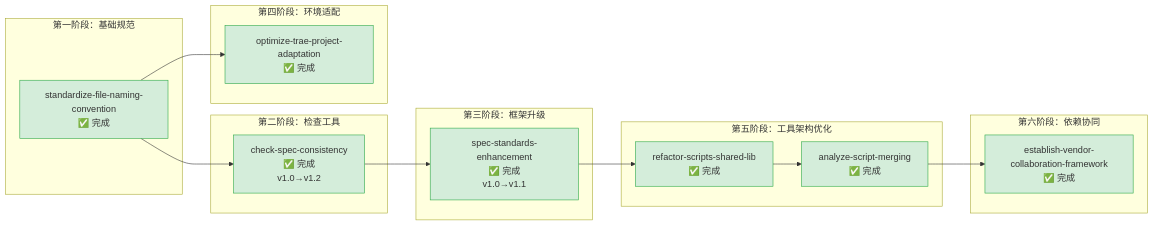
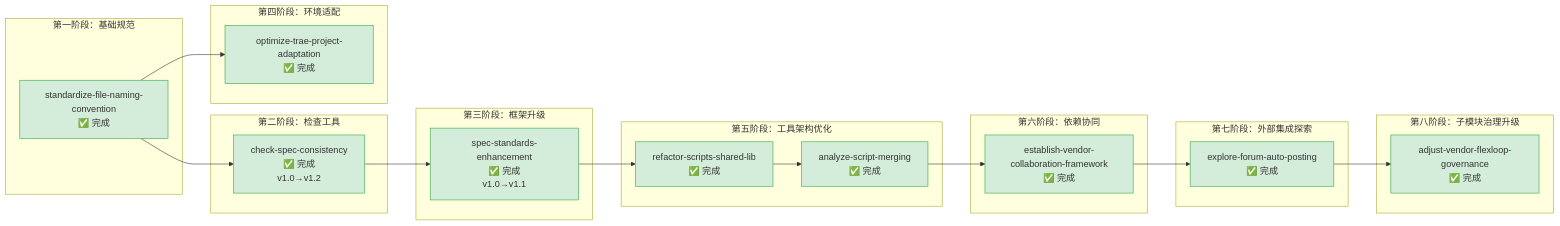
One commit to xinetzone/SpecWeave changed the diagram in .trae/specs/standards-tools/README.md. Above: the diagram before and after it, drawn with Mermaid. The commit also changed other lines of this file and 14 other files, not shown here.

First line of the commit message:
feat(vendor): flexloop 子模块治理模式调整为自有协作模式

````diff
--- a/.trae/specs/standards-tools/README.md
+++ b/.trae/specs/standards-tools/README.md
@@ -27,35 +29,45 @@
 ```mermaid
 flowchart LR
     subgraph S1 ["第一阶段：基础规范"]
-        SFNC["standardize-file-naming-convention<br>✅ 完成"]
+        SFNC["standardize-file-naming-convention<br/>✅ 完成"]
     end
     subgraph S2 ["第二阶段：检查工具"]
-        CSC["check-spec-consistency<br>✅ 完成<br>v1.0→v1.2"]
+        CSC["check-spec-consistency<br/>✅ 完成<br/>v1.0→v1.2"]
     end
     subgraph S3 ["第三阶段：框架升级"]
-        SSE["spec-standards-enhancement<br>✅ 完成<br>v1.0→v1.1"]
+        SSE["spec-standards-enhancement<br/>✅ 完成<br/>v1.0→v1.1"]
     end
     subgraph S4 ["第四阶段：环境适配"]
-        OTPA["optimize-trae-project-adaptation<br>✅ 完成"]
+        OTPA["optimize-trae-project-adaptation<br/>✅ 完成"]
     end
     subgraph S5 ["第五阶段：工具架构优化"]
-        RSL["refactor-scripts-shared-lib<br>✅ 完成"]
-        ASM["analyze-script-merging<br>✅ 完成"]
+        RSL["refactor-scripts-shared-lib<br/>✅ 完成"]
+        ASM["analyze-script-merging<br/>✅ 完成"]
     end
     subgraph S6 ["第六阶段：依赖协同"]
-        EVCF["establish-vendor-collaboration-framework<br>✅ 完成"]
+        EVCF["establish-vendor-collaboration-framework<br/>✅ 完成"]
+    end
+    subgraph S7 ["第七阶段：外部集成探索"]
+        EFAP["explore-forum-auto-posting<br/>✅ 完成"]
+    end
+    subgraph S8 ["第八阶段：子模块治理升级"]
+        AVFG["adjust-vendor-flexloop-governance<br/>✅ 完成"]
     end
     SFNC --> CSC
     CSC --> SSE
     SFNC --> OTPA
     SSE --> RSL
     RSL --> ASM
     ASM --> EVCF
+    EVCF --> EFAP
+    EFAP --> AVFG
     style SFNC fill:#d4edda,stroke:#28a745
     style CSC fill:#d4edda,stroke:#28a745
     style SSE fill:#d4edda,stroke:#28a745
     style OTPA fill:#d4edda,stroke:#28a745
     style RSL fill:#d4edda,stroke:#28a745
     style ASM fill:#d4edda,stroke:#28a745
     style EVCF fill:#d4edda,stroke:#28a745
+    style EFAP fill:#d4edda,stroke:#28a745
+    style AVFG fill:#d4edda,stroke:#28a745
 ```
````
